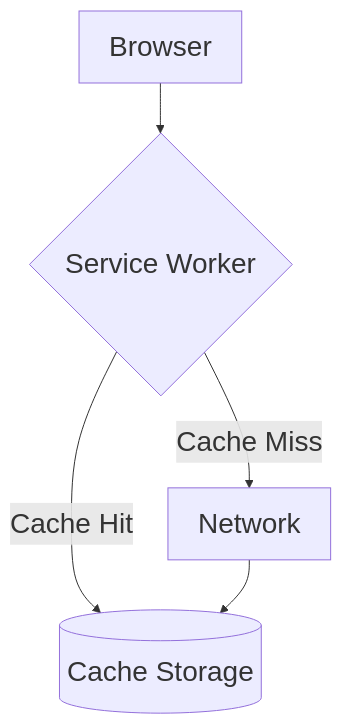
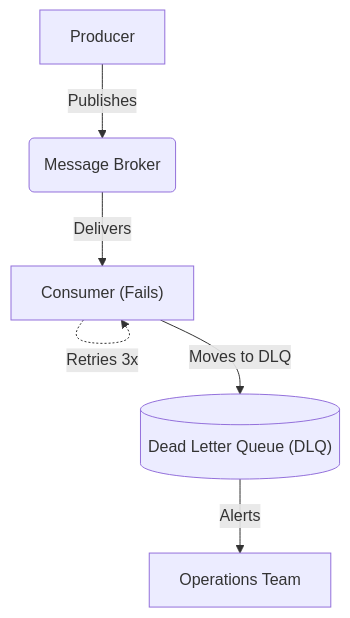
Before and after one commit to j4flmao/agent-skills: the diagram in skills/enterprise/references/enterprise-integration-patterns_ref_1.md, drawn with Mermaid. The commit also changed other lines of this file and 3 other files, not shown here.

````diff
--- a/skills/enterprise/references/enterprise-integration-patterns_ref_1.md
+++ b/skills/enterprise/references/enterprise-integration-patterns_ref_1.md
@@ -44,8 +29,9 @@
 ```mermaid
-%%{init: {"theme": "default", "themeVariables": {"fontSize": "28px"}, "flowchart": {"useMaxWidth": true}}}%%
-graph TD
-    A[Browser] --> B{Service Worker}
-    B -->|Cache Hit| C[(Cache Storage)]
-    B -->|Cache Miss| D[Network]
-    D --> C
+%%{init: {"theme": "default", "flowchart": {"useMaxWidth": true}}}%%
+flowchart TD
+    A["Producer"] -->|"Publishes"| B("Message Broker")
+    B -->|"Delivers"| C["Consumer (Fails)"]
+    C -.->|"Retries 3x"| C
+    C -->|"Moves to DLQ"| D[("Dead Letter Queue (DLQ)")]
+    D -->|"Alerts"| E["Operations Team"]
 ```
````
